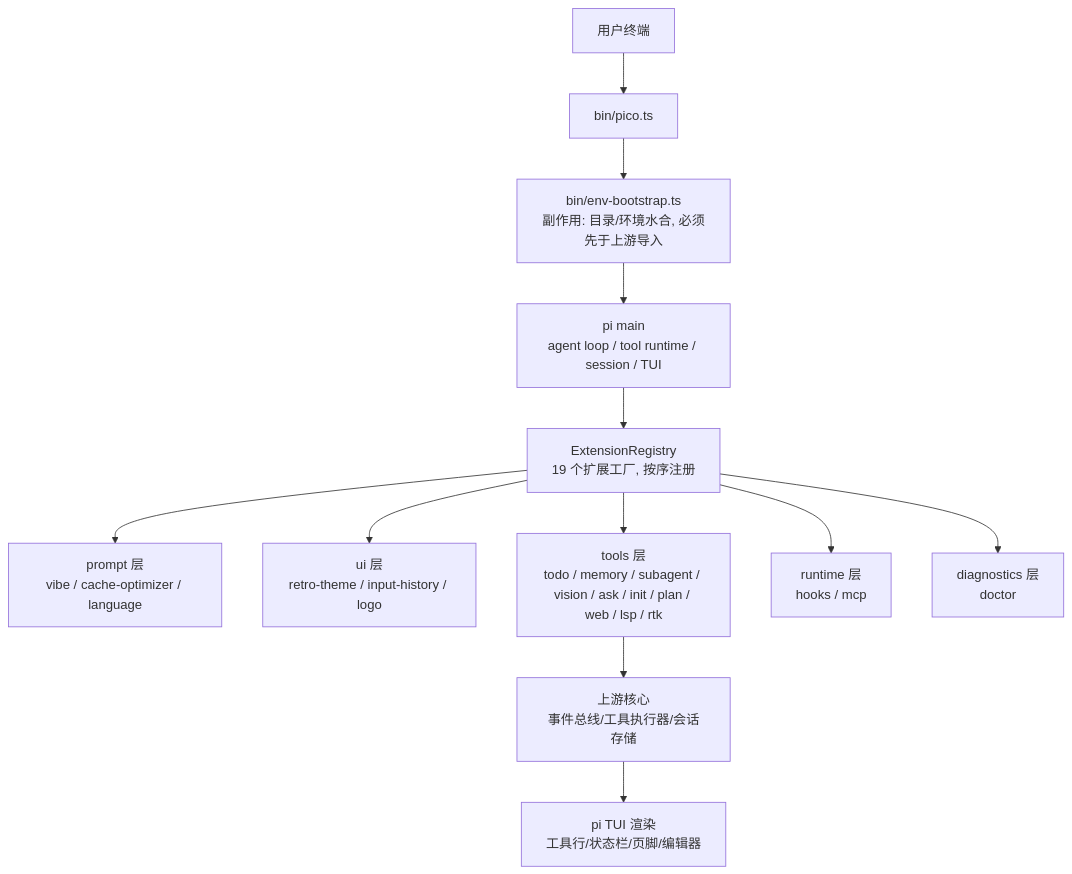
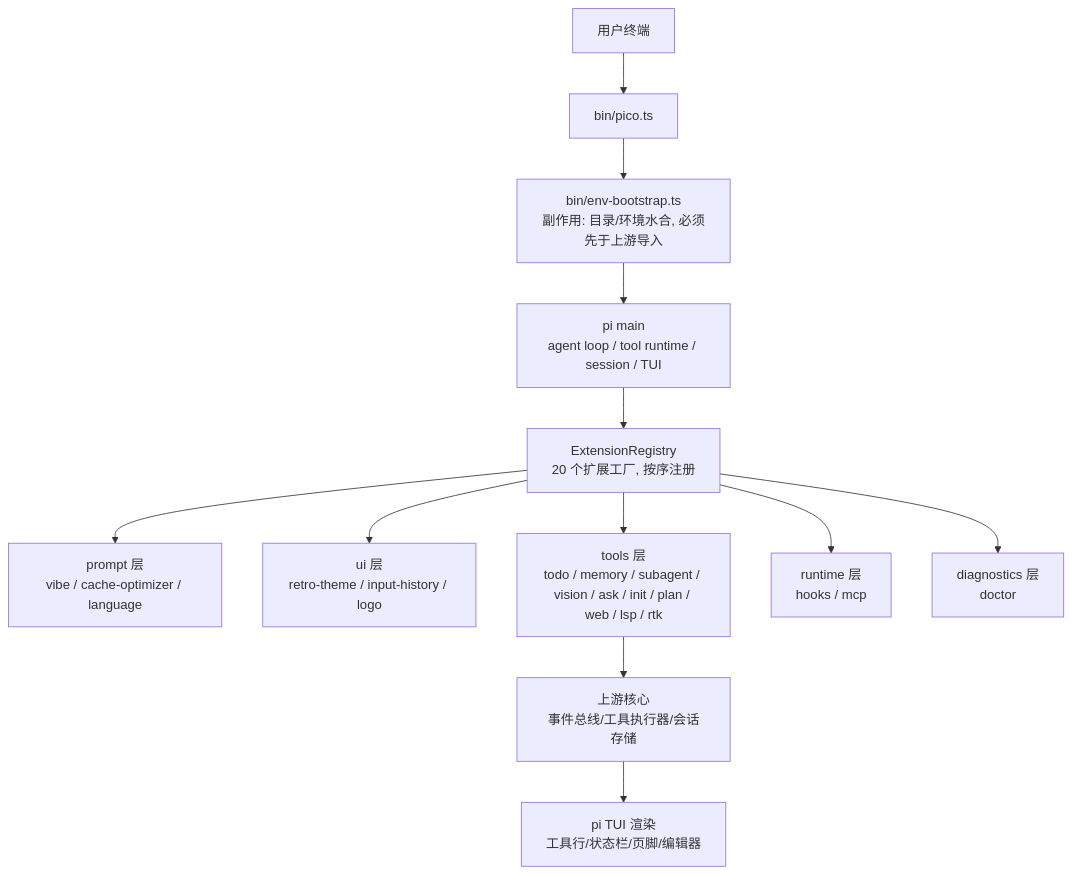
Before and after one commit to sswym/pico: the first of 5 diagrams in docs/internal-tech-review.md, drawn with Mermaid. The commit also changed other lines of this file and 36 other files, not shown here.

````diff
--- a/docs/internal-tech-review.md
+++ b/docs/internal-tech-review.md
@@ -38,14 +38,14 @@
 ```mermaid
 flowchart TD
     U[用户终端] --> BIN[bin/pico.ts]
     BIN --> BOOT[bin/env-bootstrap.ts<br/>副作用: 目录/环境水合, 必须先于上游导入]
     BOOT --> MAIN[pi main<br/>agent loop / tool runtime / session / TUI]
-    MAIN --> REG[ExtensionRegistry<br/>19 个扩展工厂, 按序注册]
+    MAIN --> REG[ExtensionRegistry<br/>20 个扩展工厂, 按序注册]
     REG --> E1[prompt 层<br/>vibe / cache-optimizer / language]
     REG --> E2[ui 层<br/>retro-theme / input-history / logo]
     REG --> E3[tools 层<br/>todo / memory / subagent / vision / ask / init / plan / web / lsp / rtk]
     REG --> E4[runtime 层<br/>hooks / mcp]
     REG --> E5[diagnostics 层<br/>doctor]
     E3 --> CORE[上游核心<br/>事件总线/工具执行器/会话存储]
     CORE --> TUI[pi TUI 渲染<br/>工具行/状态栏/页脚/编辑器]
 ```
````
